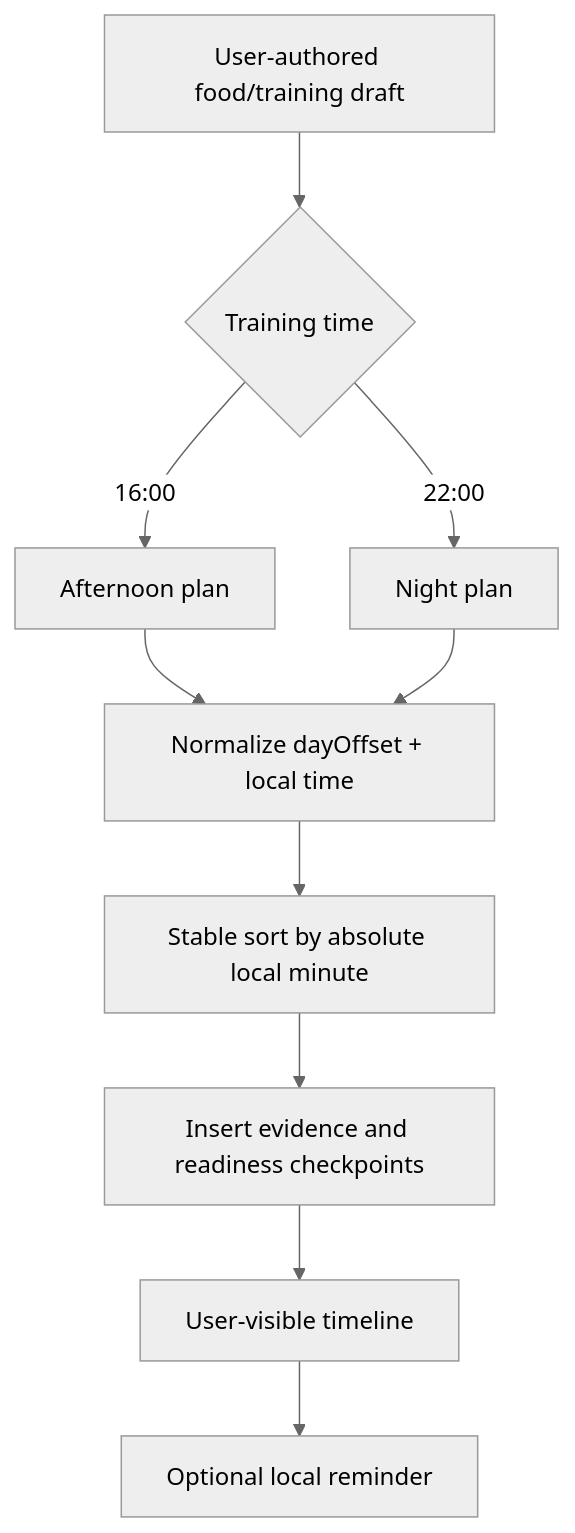
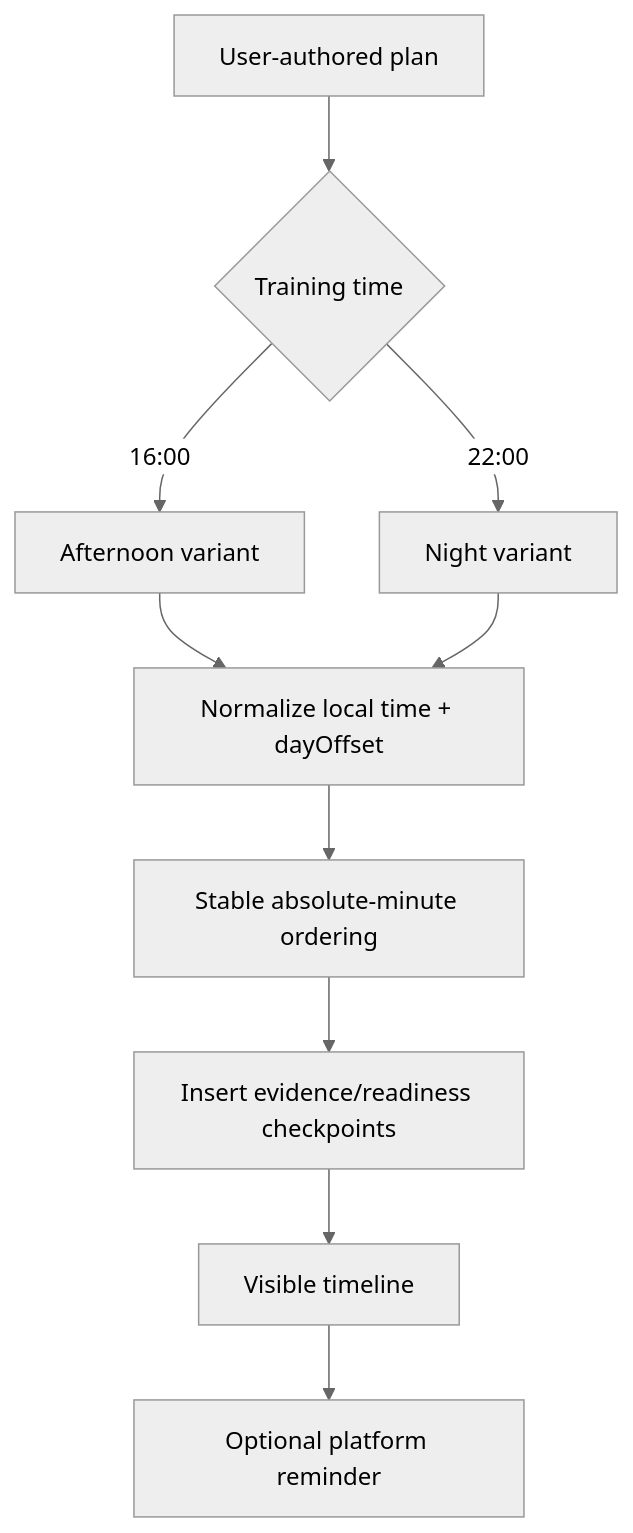
One commit to ed3c/gym-come-true changed the seventh of 8 diagrams in docs/architecture.md. Above: the diagram before and after it, drawn with Mermaid (neutral theme). The commit also changed other lines of this file and 12 other files, not shown here.

Commit message:
docs(agent): map state machines and stacked delivery graph

````diff
--- a/docs/architecture.md
+++ b/docs/architecture.md
@@ -198,12 +323,12 @@
 ```mermaid
 flowchart TB
-    Draft[User-authored food/training draft] --> Variant{Training time}
-    Variant -->|16:00| A[Afternoon plan]
-    Variant -->|22:00| B[Night plan]
-    A --> Normalize[Normalize dayOffset + local time]
+    Draft[User-authored plan] --> Variant{Training time}
+    Variant -->|16:00| A[Afternoon variant]
+    Variant -->|22:00| B[Night variant]
+    A --> Normalize[Normalize local time + dayOffset]
     B --> Normalize
-    Normalize --> Sort[Stable sort by absolute local minute]
-    Sort --> Gate[Insert evidence and readiness checkpoints]
-    Gate --> Timeline[User-visible timeline]
-    Timeline --> Reminder[Optional local reminder]
+    Normalize --> Sort[Stable absolute-minute ordering]
+    Sort --> Checkpoint[Insert evidence/readiness checkpoints]
+    Checkpoint --> Timeline[Visible timeline]
+    Timeline --> Reminder[Optional platform reminder]
 ```
````
